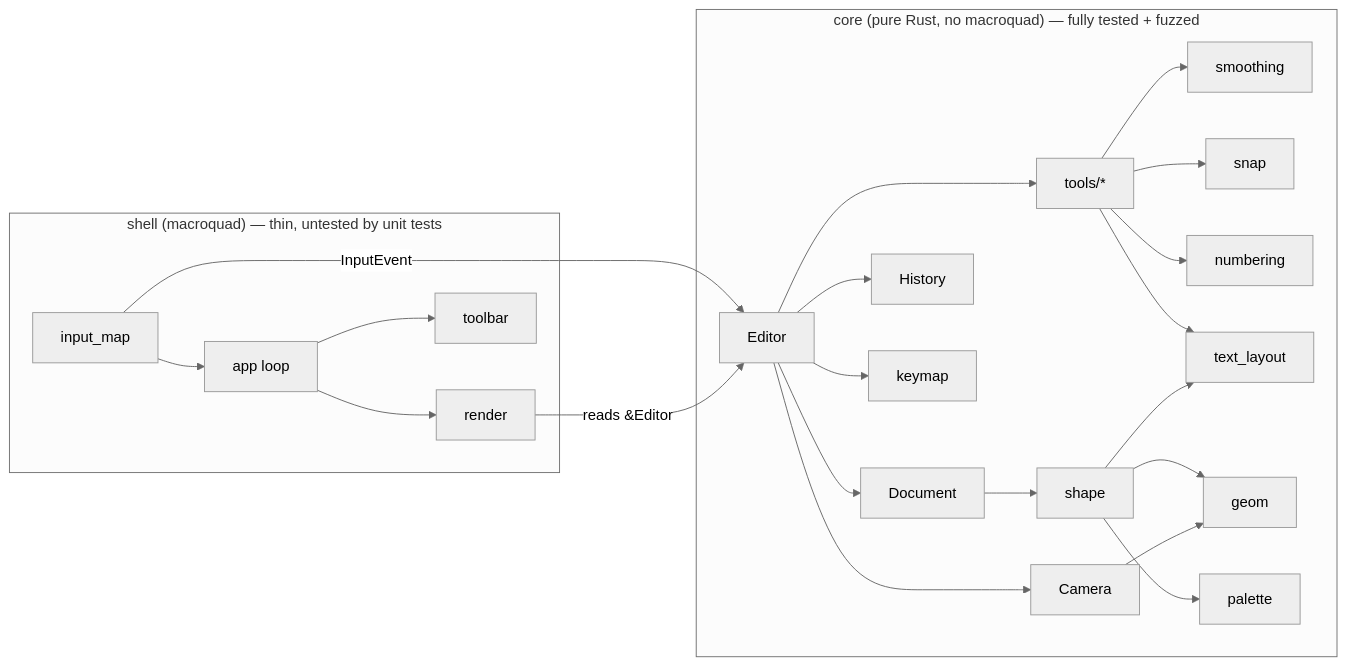
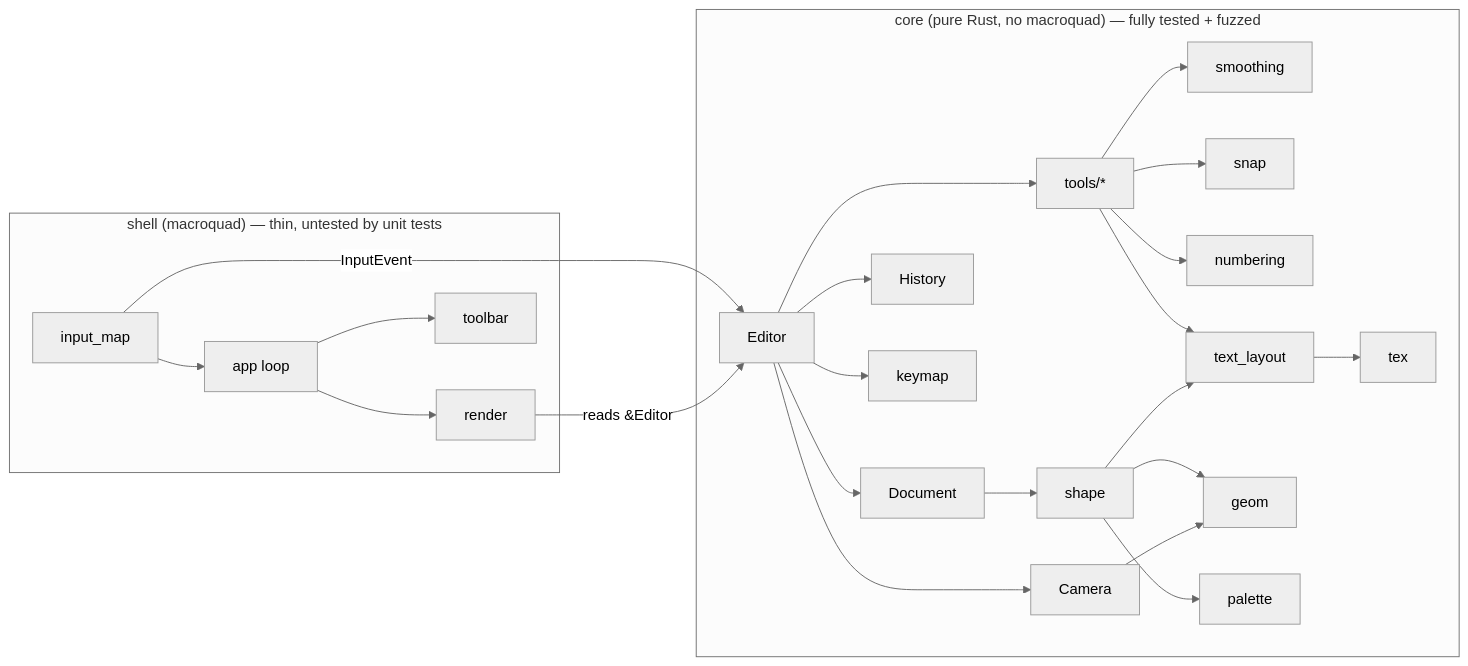
The diagram in docs/architecture/Architecture.md (UmBender/draw), drawn with Mermaid (neutral theme) before and after one commit. The commit also changed other lines of this file and 4 other files, not shown here.

````diff
--- a/docs/architecture/Architecture.md
+++ b/docs/architecture/Architecture.md
@@ -14,26 +14,27 @@
 ```mermaid
 flowchart LR
   subgraph shell["shell (macroquad) — thin, untested by unit tests"]
     IM[input_map] --> APP[app loop]
     APP --> R[render]
     APP --> TB[toolbar]
   end
   subgraph core["core (pure Rust, no macroquad) — fully tested + fuzzed"]
     ED[Editor] --> DOC[Document]
     ED --> HIS[History]
     ED --> CAM[Camera]
     ED --> TOOLS[tools/*]
     ED --> KM[keymap]
     TOOLS --> SM[smoothing]
     TOOLS --> SNAP[snap]
     TOOLS --> NUM[numbering]
     TOOLS --> TL[text_layout]
     SH --> TL
+    TL --> TEX[tex]
     DOC --> SH[shape]
     SH --> G[geom]
     CAM --> G
     SH --> PAL[palette]
   end
   IM -- "InputEvent" --> ED
   R -- "reads &Editor" --> ED
 ```
````
